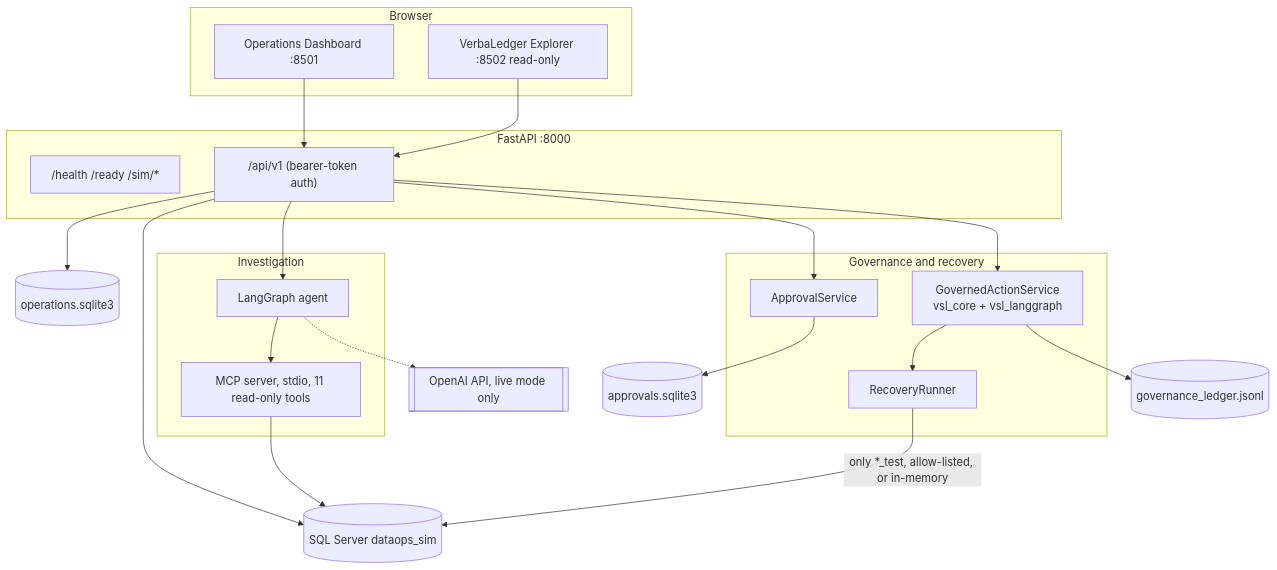
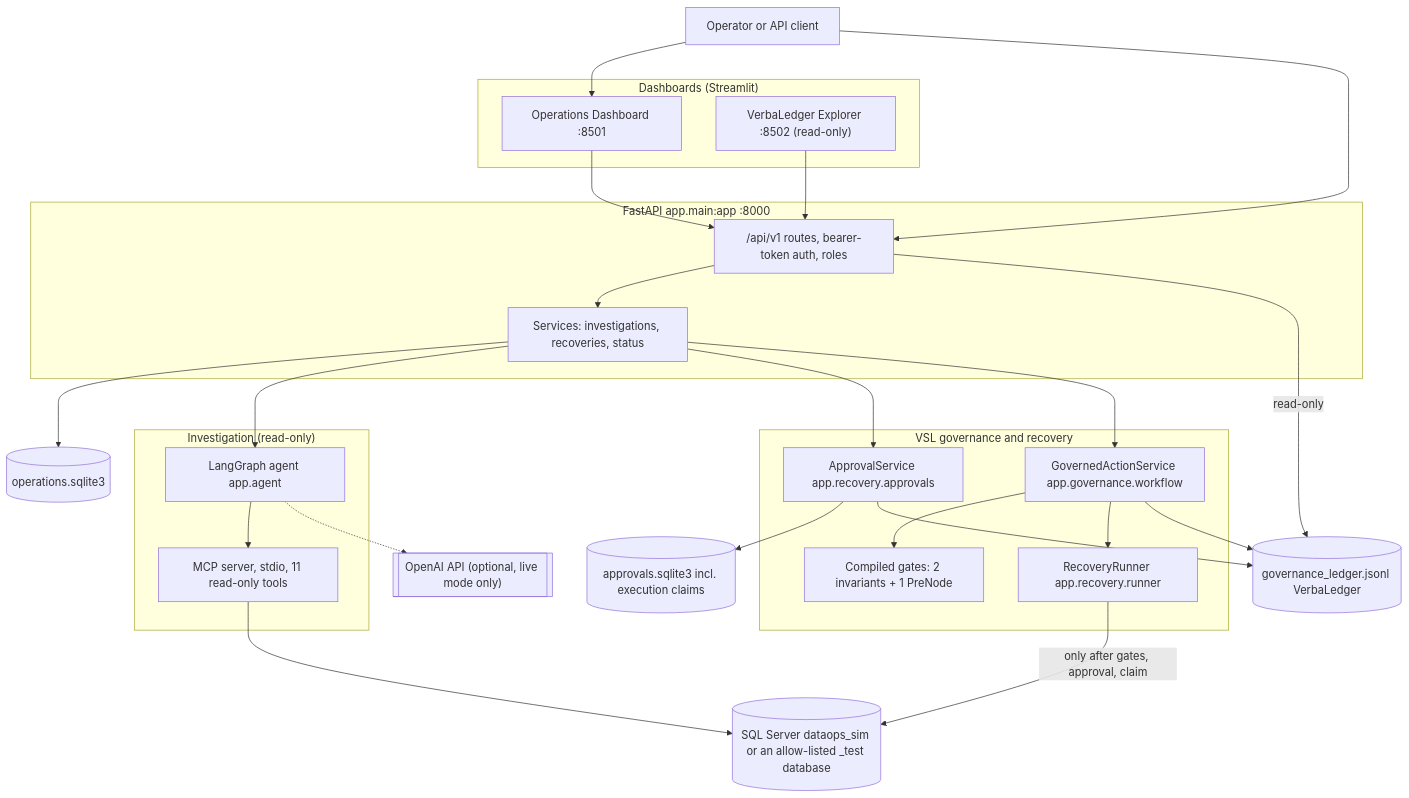
One commit to rahesh-supersemantics/VSL-Governed-AI-DataOps-Agent changed the first of 3 diagrams in README.md. Above: the diagram before and after it, drawn with Mermaid. The commit also changed other lines of this file, not shown here.

Commit message:
docs: upgrade README with VSL governance architecture

````diff
--- a/README.md
+++ b/README.md
@@ -61,35 +79,46 @@
 ```mermaid
 flowchart TB
-  subgraph UI[Browser]
-    OPS[Operations Dashboard :8501]
-    EXP[VerbaLedger Explorer :8502 read-only]
+  OP["Operator or API client"]
+  subgraph UI["Dashboards (Streamlit)"]
+    OPS["Operations Dashboard :8501"]
+    EXP["VerbaLedger Explorer :8502 (read-only)"]
   end
-  subgraph API[FastAPI :8000]
-    ROOT["/health /ready /sim/*"]
-    V1["/api/v1 (bearer-token auth)"]
+  subgraph API["FastAPI app.main:app :8000"]
+    V1["/api/v1 routes, bearer-token auth, roles"]
+    SVC["Services: investigations, recoveries, status"]
   end
-  subgraph Agent[Investigation]
-    LG[LangGraph agent]
-    MCP[MCP server, stdio, 11 read-only tools]
+  subgraph INV["Investigation (read-only)"]
+    AG["LangGraph agent app.agent"]
+    MCP["MCP server, stdio, 11 read-only tools"]
   end
-  subgraph Gov[Governance and recovery]
-    GS[GovernedActionService<br/>vsl_core + vsl_langgraph]
-    AP[ApprovalService]
-    RR[RecoveryRunner]
+  subgraph GOV["VSL governance and recovery"]
+    GW["GovernedActionService app.governance.workflow"]
+    GATES["Compiled gates: 2 invariants + 1 PreNode"]
+    AP["ApprovalService app.recovery.approvals"]
+    RR["RecoveryRunner app.recovery.runner"]
   end
-  SQL[(SQL Server dataops_sim)]
-  OPSDB[(operations.sqlite3)]
-  APDB[(approvals.sqlite3)]
-  LED[(governance_ledger.jsonl)]
-  OAI[[OpenAI API, live mode only]]
+  SQL[("SQL Server dataops_sim or an allow-listed _test database")]
+  OPSDB[("operations.sqlite3")]
+  APDB[("approvals.sqlite3 incl. execution claims")]
+  LED[("governance_ledger.jsonl VerbaLedger")]
+  OAI[["OpenAI API (optional, live mode only)"]]
+  OP --> OPS
+  OP --> V1
   OPS --> V1
   EXP --> V1
-  V1 --> OPSDB
-  V1 --> SQL
-  V1 --> LG --> MCP --> SQL
-  LG -.-> OAI
-  V1 --> AP --> APDB
-  V1 --> GS --> RR
-  RR -->|"only *_test, allow-listed, or in-memory"| SQL
-  GS --> LED
+  V1 --> SVC
+  SVC --> OPSDB
+  SVC --> AG
+  AG --> MCP
+  MCP --> SQL
+  AG -.-> OAI
+  SVC --> AP
+  AP --> APDB
+  SVC --> GW
+  GW --> GATES
+  GW --> RR
+  RR -->|"only after gates, approval, claim"| SQL
+  GW --> LED
+  AP --> LED
+  V1 -->|"read-only"| LED
 ```
````
